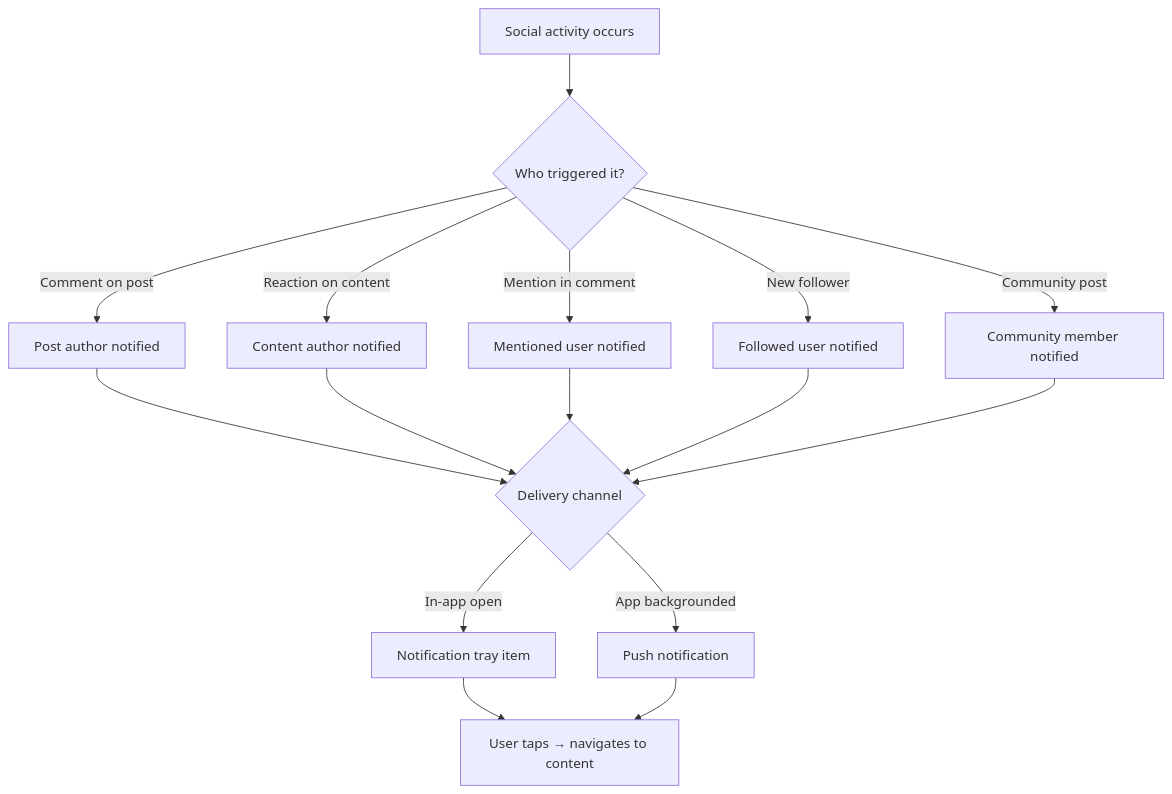
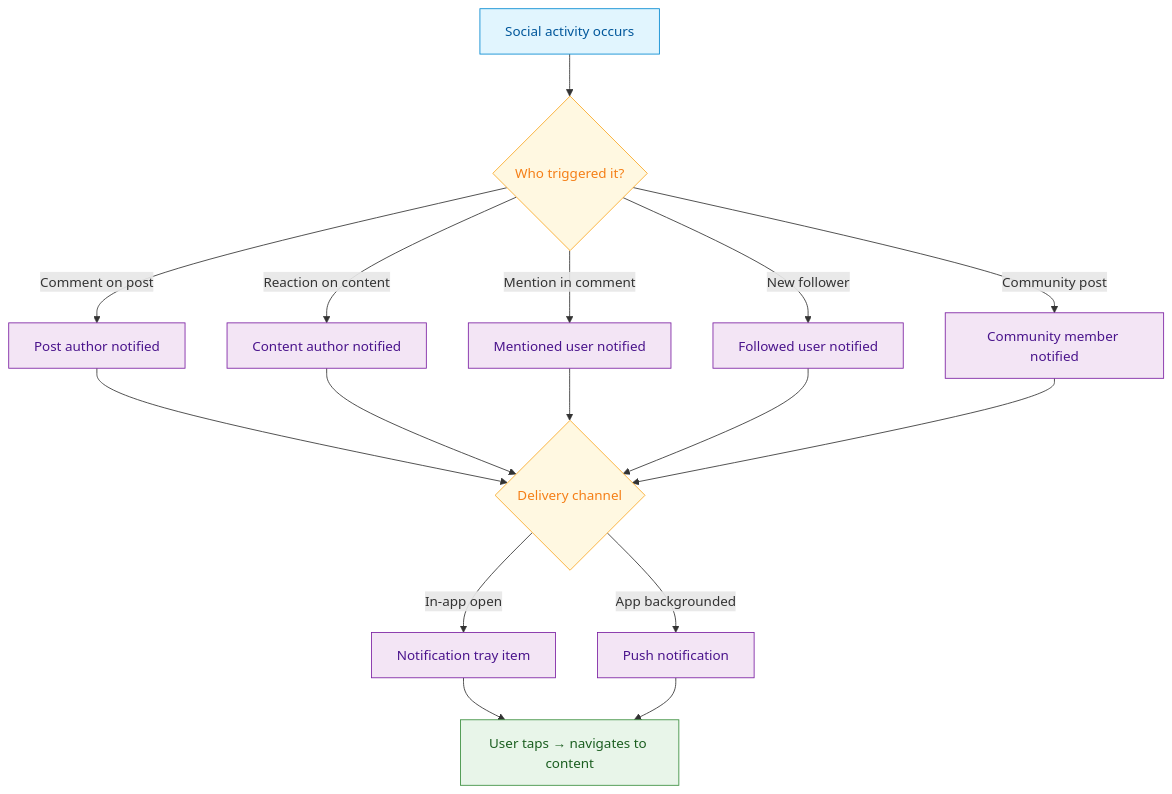
One commit to AmityCo/social-plus-docs changed the diagram in use-cases/social/notifications-and-engagement.mdx. Above: the diagram before and after it, drawn with Mermaid. The commit also changed other lines of this file and 26 other files, not shown here.

````diff
--- a/use-cases/social/notifications-and-engagement.mdx
+++ b/use-cases/social/notifications-and-engagement.mdx
@@ -33,14 +31,24 @@
 ```mermaid
 graph TD
     A[Social activity occurs] --> B{Who triggered it?}
     B -->|Comment on post| C[Post author notified]
     B -->|Reaction on content| D[Content author notified]
     B -->|Mention in comment| E[Mentioned user notified]
     B -->|New follower| F[Followed user notified]
     B -->|Community post| G[Community member notified]
     C & D & E & F & G --> H{Delivery channel}
     H -->|In-app open| I[Notification tray item]
     H -->|App backgrounded| J[Push notification]
     I --> K[User taps → navigates to content]
     J --> K
+
+    classDef action fill:#e1f5fe,stroke:#0288d1,color:#01579b
+    classDef decision fill:#fff8e1,stroke:#f9a825,color:#f57f17
+    classDef process fill:#f3e5f5,stroke:#7b1fa2,color:#4a148c
+    classDef outcome fill:#e8f5e9,stroke:#388e3c,color:#1b5e20
+
+    class A action
+    class B,H decision
+    class C,D,E,F,G,I,J process
+    class K outcome
 ```
````
